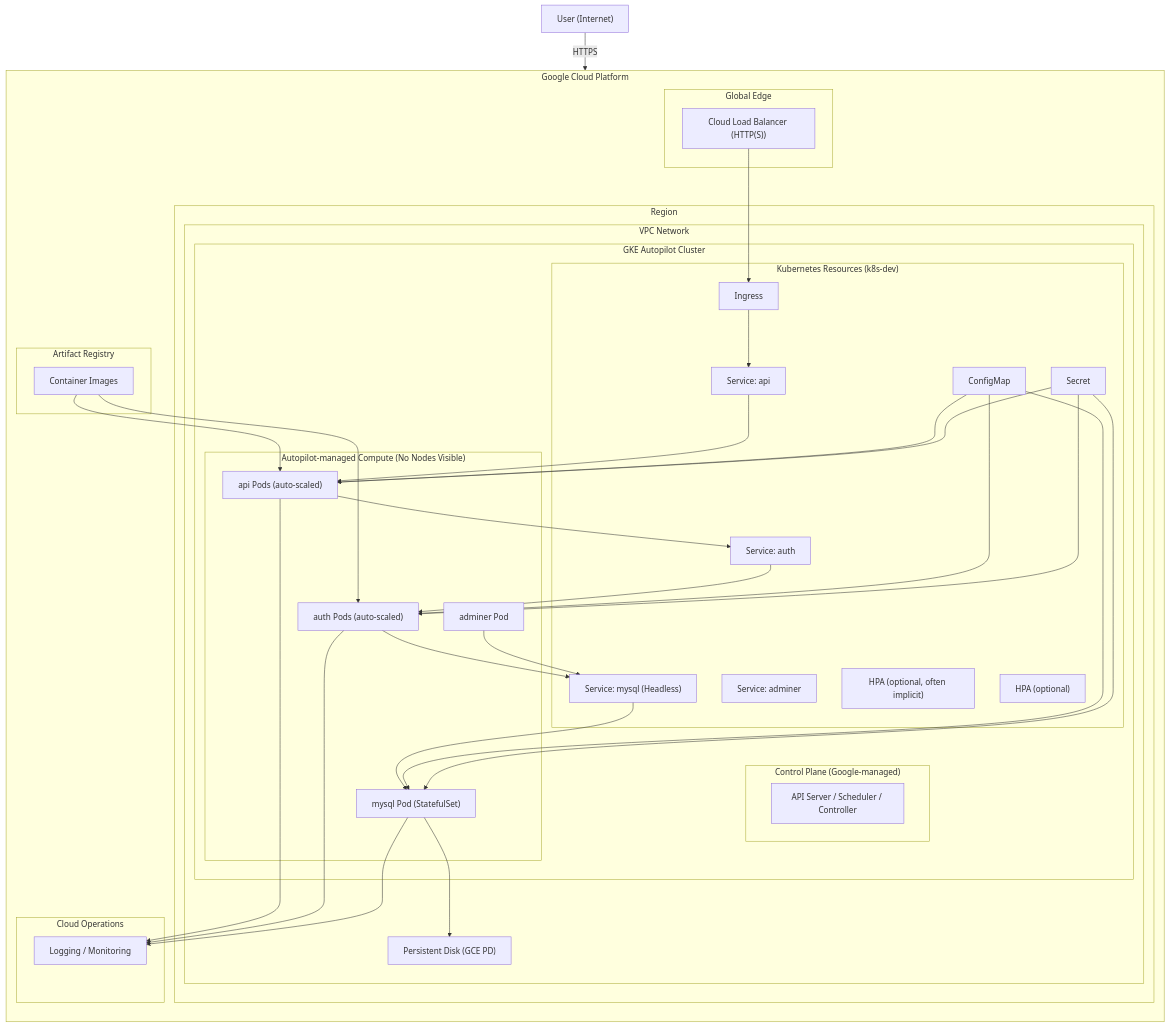
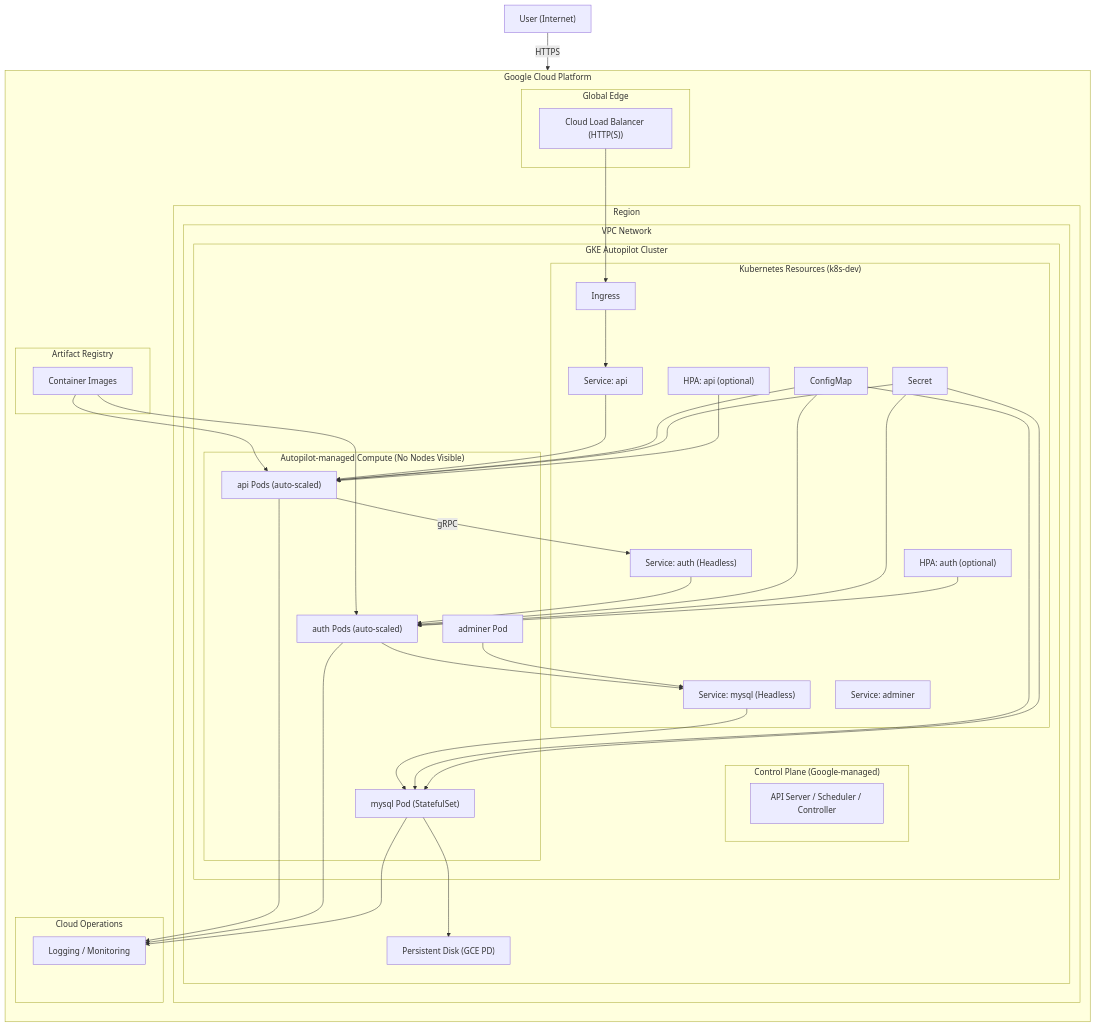
One commit to aps1027/gcp-ace changed the diagram in lab-7-gke-autopilot/README.md. Above: the diagram before and after it, drawn with Mermaid. The commit also changed other lines of this file and 23 other files, not shown here.

```diff
--- a/lab-7-gke-autopilot/README.md
+++ b/lab-7-gke-autopilot/README.md
@@ -28,13 +34,13 @@
           subgraph "Kubernetes Resources (k8s-dev)"
             api_ing["Ingress"]
             api_svc["Service: api"]
-            auth_svc["Service: auth"]
+            auth_svc["Service: auth (Headless)"]
             mysql_svc["Service: mysql (Headless)"]
             adminer_svc["Service: adminer"]
             config["ConfigMap"]
             secret["Secret"]
-            api_hpa["HPA (optional, often implicit)"]
-            auth_hpa["HPA (optional)"]
+            api_hpa["HPA: api (optional)"]
+            auth_hpa["HPA: auth (optional)"]
           end
 
         end
@@ -59,7 +65,7 @@
   api_svc --> api_pod
 
   %% Internal
-  api_pod --> auth_svc
+  api_pod -->|gRPC| auth_svc
   auth_svc --> auth_pod
 
   auth_pod --> mysql_svc
@@ -77,6 +83,10 @@
   secret --> auth_pod
   secret --> mysql_pod
 
+  %% Scaling
+  api_hpa --> api_pod
+  auth_hpa --> auth_pod
+
   %% Images
   images --> api_pod
   images --> auth_pod
```
